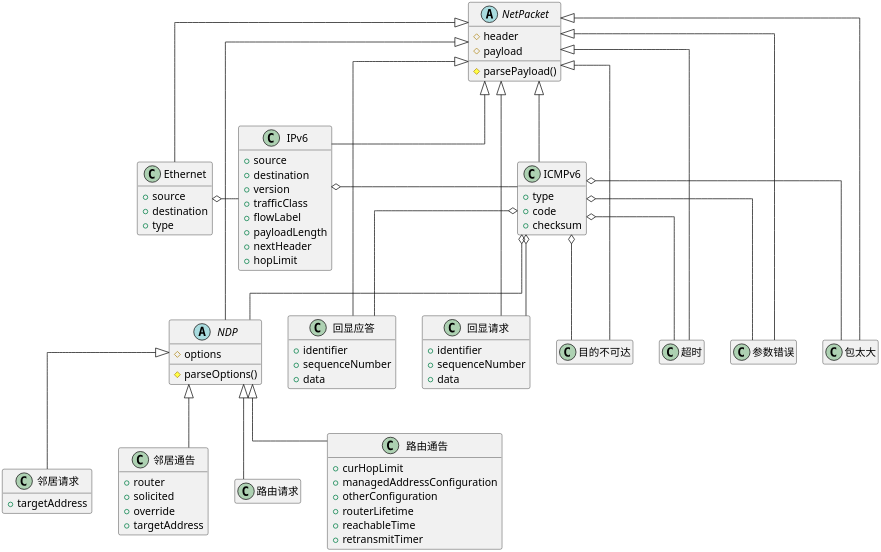
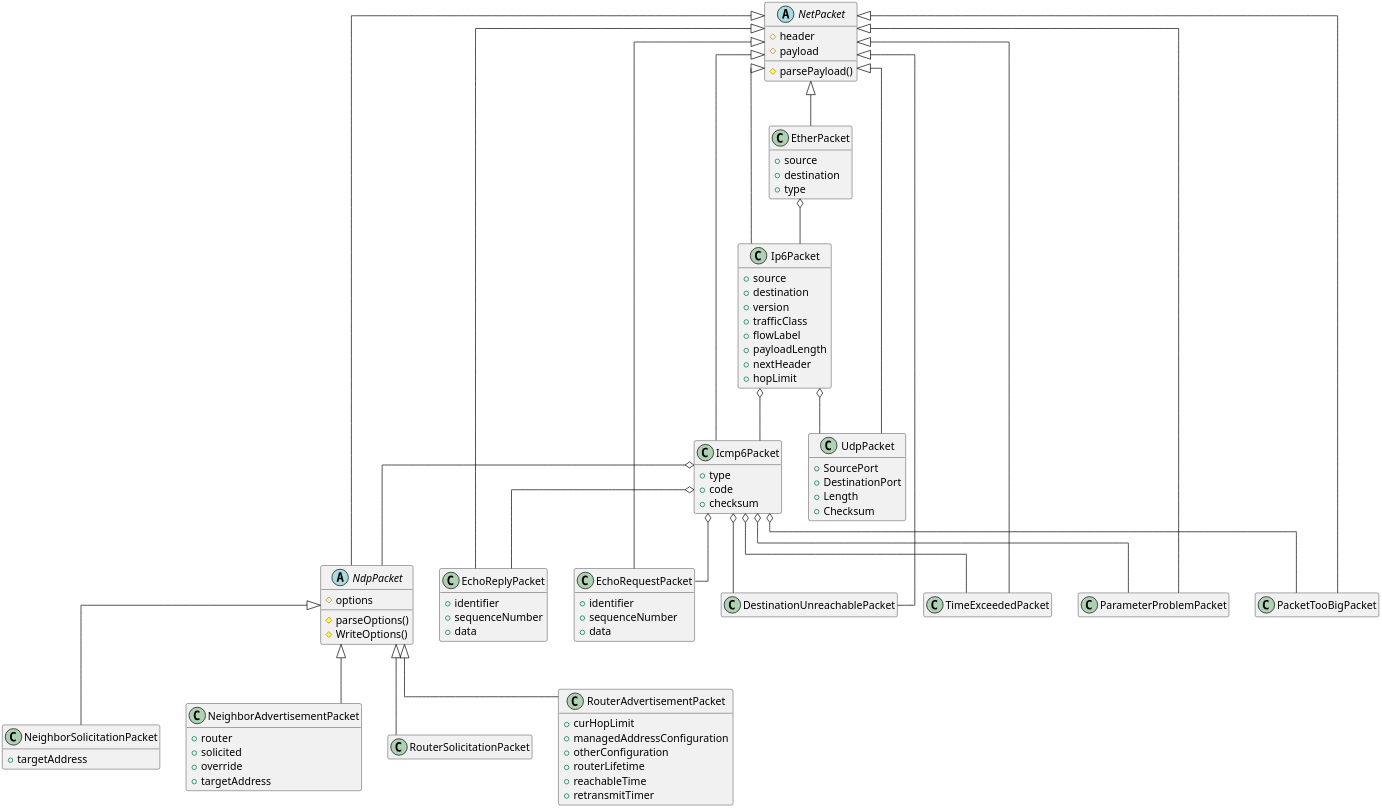
Before and after one commit to Baymax104/icmpv6-parser: the diagram in doc/PacketClass.puml, drawn with PlantUML. The commit also changed 5 other files, not shown here.

```diff
--- a/doc/PacketClass.puml
+++ b/doc/PacketClass.puml
@@ -1,90 +1,96 @@
 @startuml
 'https://plantuml.com/class-diagram
 
 hide empty member
 skinparam dpi 300
 skinparam linetype ortho
 'skinparam linetype polyline
 'left to right direction
 
 abstract class NetPacket {
     # header
     # payload
     # parsePayload()
 }
 
-class Ethernet extends NetPacket {
+class EtherPacket extends NetPacket {
     + source
     + destination
     + type
 }
-class IPv6 extends NetPacket {
+class Ip6Packet extends NetPacket {
     + source
     + destination
     + version
     + trafficClass
     + flowLabel
     + payloadLength
     + nextHeader
     + hopLimit
 }
-class ICMPv6 extends NetPacket {
+class UdpPacket extends NetPacket {
+    + SourcePort
+    + DestinationPort
+    + Length
+    + Checksum
+}
+class Icmp6Packet extends NetPacket {
     + type
     + code
     + checksum
 }
-abstract class NDP extends NetPacket {
+abstract class NdpPacket extends NetPacket {
     # options
     # parseOptions()
-    
+    # WriteOptions()
 }
-class 回显应答 extends NetPacket {
+class EchoReplyPacket extends NetPacket {
     + identifier
     + sequenceNumber
     + data
 }
-class 回显请求 extends NetPacket {
+class EchoRequestPacket extends NetPacket {
     + identifier
     + sequenceNumber
     + data
 }
-class 目的不可达 extends NetPacket
-class 超时 extends NetPacket
-class 参数错误 extends NetPacket
-class 包太大 extends NetPacket
+class DestinationUnreachablePacket extends NetPacket
+class TimeExceededPacket extends NetPacket
+class ParameterProblemPacket extends NetPacket
+class PacketTooBigPacket extends NetPacket
 
-'NetPacket .[hidden] Ethernet
-Ethernet o- IPv6
-IPv6 o- ICMPv6
-ICMPv6 o-- 回显应答
-ICMPv6 o-- 回显请求
-ICMPv6 o-- 目的不可达
-ICMPv6 o-- 超时
-ICMPv6 o-- 参数错误
-ICMPv6 o-- 包太大
-ICMPv6 o-- NDP
+EtherPacket o-- Ip6Packet
+Ip6Packet o-- Icmp6Packet
+Ip6Packet o-- UdpPacket
+Icmp6Packet o-- EchoReplyPacket
+Icmp6Packet o-- EchoRequestPacket
+Icmp6Packet o-- DestinationUnreachablePacket
+Icmp6Packet o-- TimeExceededPacket
+Icmp6Packet o-- ParameterProblemPacket
+Icmp6Packet o-- PacketTooBigPacket
+Icmp6Packet o-- NdpPacket
 
-class 邻居请求 extends NDP {
+class NeighborSolicitationPacket extends NdpPacket {
     + targetAddress
 }
 
-class 邻居通告 extends NDP {
+class NeighborAdvertisementPacket extends NdpPacket {
     + router
     + solicited
     + override
     + targetAddress
 }
 
-class 路由请求 extends NDP
+class RouterSolicitationPacket extends NdpPacket
 
-class 路由通告 extends NDP {
+class RouterAdvertisementPacket extends NdpPacket {
     + curHopLimit
     + managedAddressConfiguration
     + otherConfiguration
     + routerLifetime
     + reachableTime
     + retransmitTimer
 }
 
 
 @enduml
```
